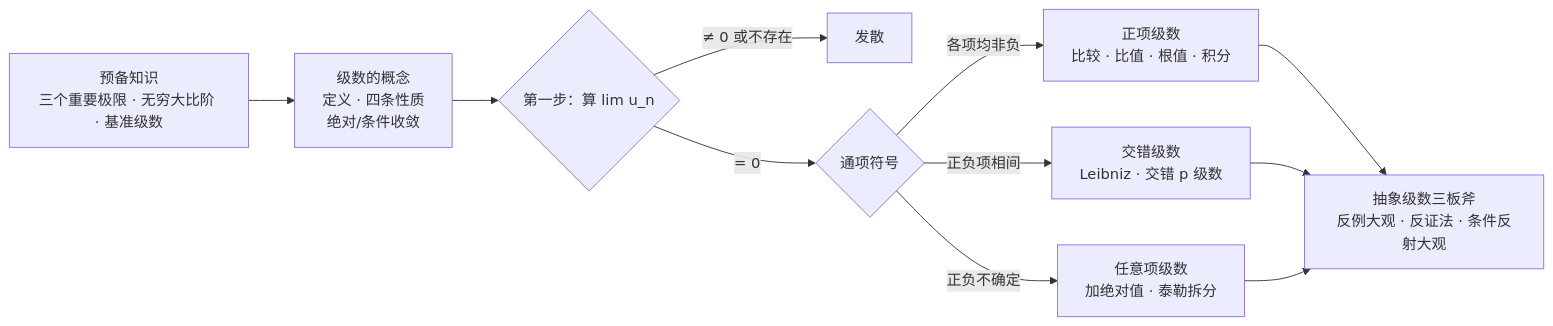
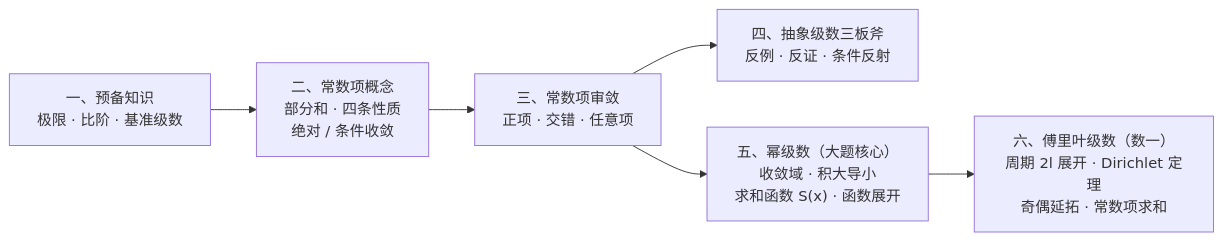
The first of 2 diagrams in 04_数学大观/高数大观/级数/无穷级数大观.md (priceHE2002/Obsidian), drawn with Mermaid before and after one commit. The commit also changed other lines of this file and 7 other files, not shown here.

````diff
--- a/04_数学大观/高数大观/级数/无穷级数大观.md
+++ b/04_数学大观/高数大观/级数/无穷级数大观.md
@@ -145,13 +129,8 @@
 ```mermaid
 flowchart LR
-    A["预备知识<br/>三个重要极限 · 无穷大比阶 · 基准级数"] --> B["级数的概念<br/>定义 · 四条性质<br/>绝对/条件收敛"]
-    B --> C{"第一步：算 lim u_n"}
-    C -->|"≠ 0 或不存在"| D["发散"]
-    C -->|"= 0"| E{"通项符号"}
-    E -->|"各项均非负"| F["正项级数<br/>比较 · 比值 · 根值 · 积分"]
-    E -->|"正负项相间"| G["交错级数<br/>Leibniz · 交错 p 级数"]
-    E -->|"正负不确定"| H["任意项级数<br/>加绝对值 · 泰勒拆分"]
-    F --> I["抽象级数三板斧<br/>反例大观 · 反证法 · 条件反射大观"]
-    G --> I
-    H --> I
+    A["一、预备知识<br/>极限 · 比阶 · 基准级数"] --> B["二、常数项概念<br/>部分和 · 四条性质<br/>绝对 / 条件收敛"]
+    B --> C["三、常数项审敛<br/>正项 · 交错 · 任意项"]
+    C --> D["四、抽象级数三板斧<br/>反例 · 反证 · 条件反射"]
+    C --> E["五、幂级数（大题核心）<br/>收敛域 · 积大导小<br/>求和函数 S(x) · 函数展开"]
+    E --> F["六、傅里叶级数（数一）<br/>周期 2l 展开 · Dirichlet 定理<br/>奇偶延拓 · 常数项求和"]
 ```
````
